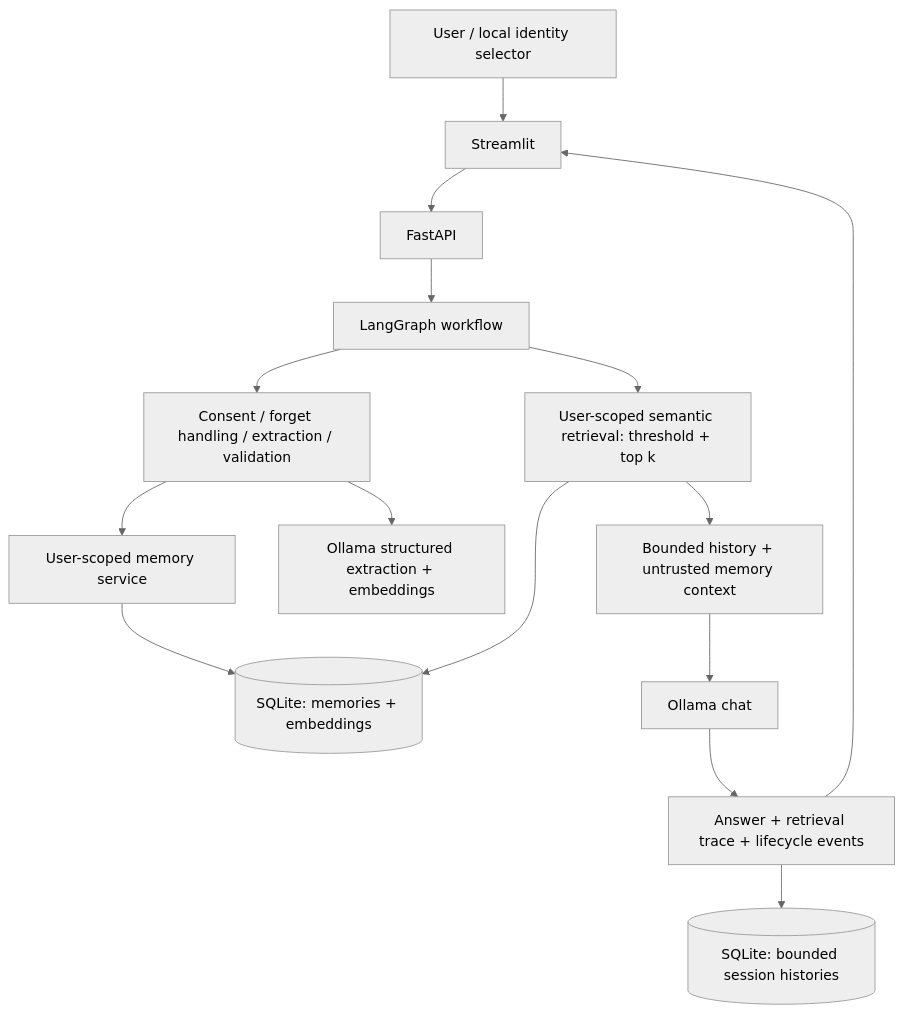
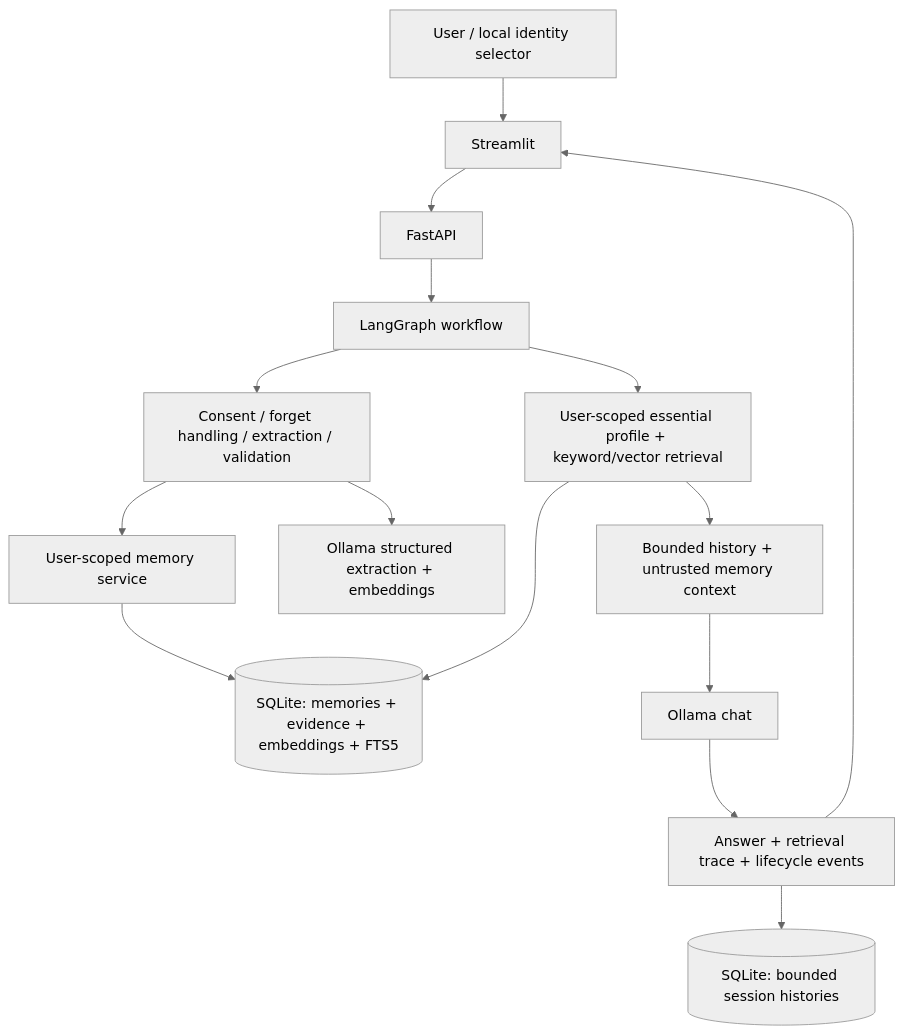
The diagram in docs/ARCHITECTURE.md (Lwhuy/personal-ai-assistant-memory), drawn with Mermaid (neutral theme) before and after one commit. The commit also changed other lines of this file and 27 other files, not shown here.

````diff
--- a/docs/ARCHITECTURE.md
+++ b/docs/ARCHITECTURE.md
@@ -5,17 +5,17 @@
 ```mermaid
 flowchart TD
   U[User / local identity selector] --> UI[Streamlit]
   UI --> API[FastAPI]
   API --> G[LangGraph workflow]
   G --> W[Consent / forget handling / extraction / validation]
   W --> M[User-scoped memory service]
-  M --> DB[(SQLite: memories + embeddings)]
-  G --> R[User-scoped semantic retrieval: threshold + top k]
+  M --> DB[(SQLite: memories + evidence + embeddings + FTS5)]
+  G --> R[User-scoped essential profile + keyword/vector retrieval]
   R --> DB
   R --> C[Bounded history + untrusted memory context]
   C --> L[Ollama chat]
   L --> A[Answer + retrieval trace + lifecycle events]
   A --> H[(SQLite: bounded session histories)]
   A --> UI
   W --> E[Ollama structured extraction + embeddings]
 ```
````
